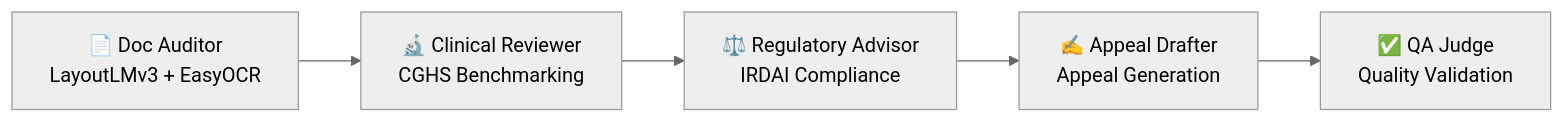
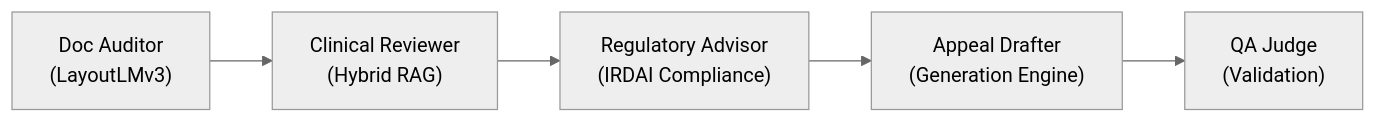
Before and after one commit to Viraj281105/Viraj281105: the first of 3 diagrams in README.md, drawn with Mermaid (neutral theme). The commit also changed other lines of this file, not shown here.

````diff
--- a/README.md
+++ b/README.md
@@ -245,10 +54,7 @@
 ```mermaid
 flowchart LR
-    A["📄 Doc Auditor\nLayoutLMv3 + EasyOCR"]
-    B["🔬 Clinical Reviewer\nCGHS Benchmarking"]
-    C["⚖️ Regulatory Advisor\nIRDAI Compliance"]
-    D["✍️ Appeal Drafter\nAppeal Generation"]
-    E["✅ QA Judge\nQuality Validation"]
-
-    A --> B --> C --> D --> E
+    A["Doc Auditor\n(LayoutLMv3)"] --> B["Clinical Reviewer\n(Hybrid RAG)"]
+    B --> C["Regulatory Advisor\n(IRDAI Compliance)"]
+    C --> D["Appeal Drafter\n(Generation Engine)"]
+    D --> E["QA Judge\n(Validation)"]
 ```
````
